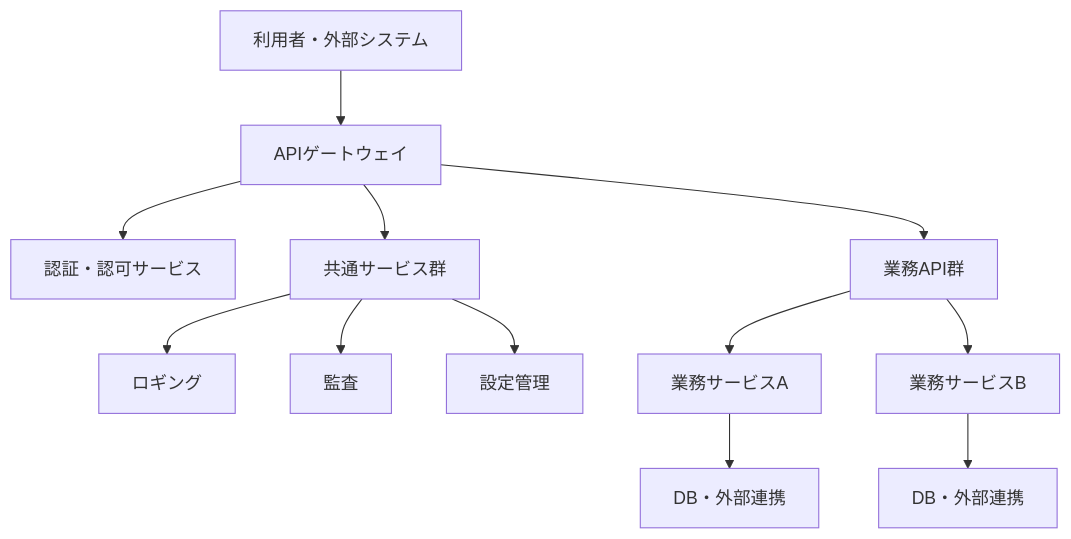
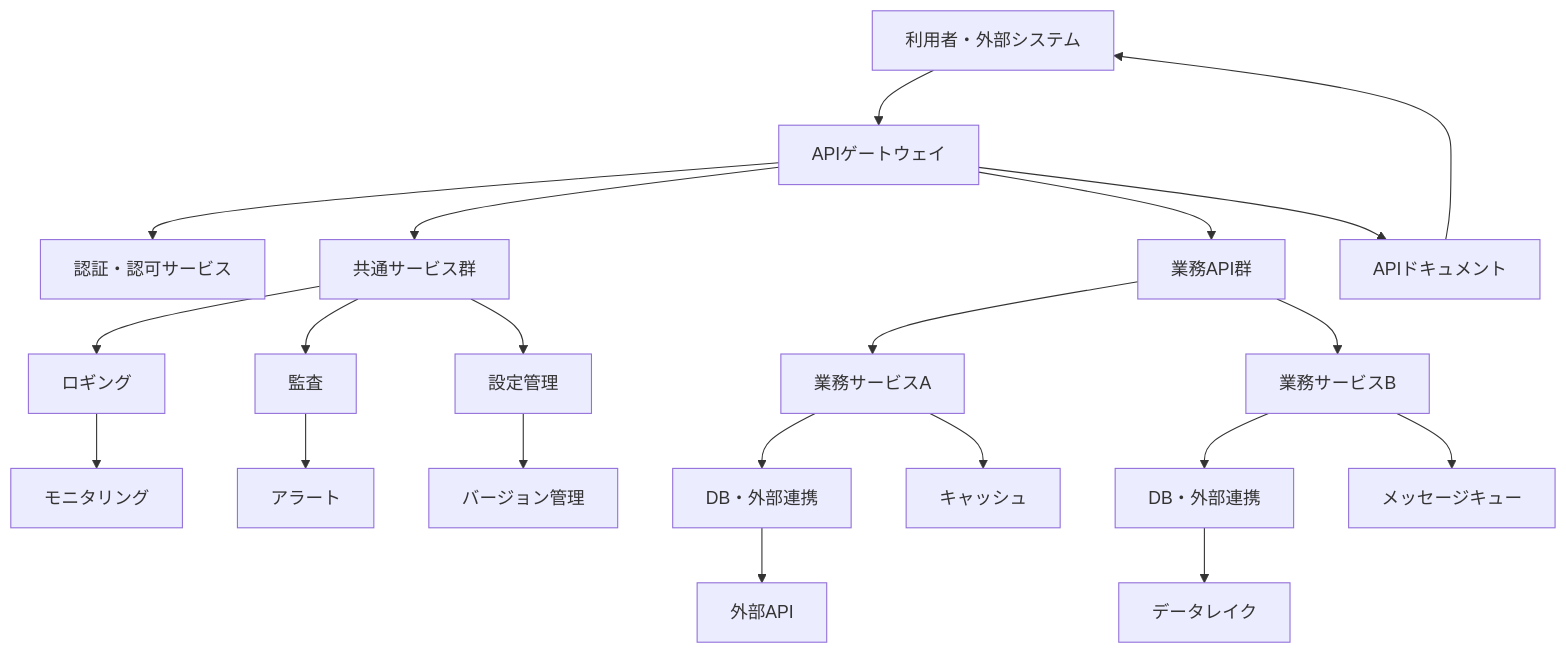
Before and after one commit to RyuheiKiso/KisoFramework: the third of 6 diagrams in docs/00_全体/02_構想.md, drawn with Mermaid. The commit also changed other lines of this file, not shown here.

````diff
--- a/docs/00_全体/02_構想.md
+++ b/docs/00_全体/02_構想.md
@@ -77,14 +125,23 @@
 ```mermaid
 flowchart TD
     A[利用者・外部システム] --> B[APIゲートウェイ]
     B --> C1[認証・認可サービス]
     B --> C2[共通サービス群]
     C2 --> D1[ロギング]
     C2 --> D2[監査]
     C2 --> D3[設定管理]
+    D1 --> D4[モニタリング]
+    D2 --> D5[アラート]
+    D3 --> D6[バージョン管理]
     B --> E[業務API群]
     E --> F1[業務サービスA]
     E --> F2[業務サービスB]
     F1 --> G1[DB・外部連携]
     F2 --> G2[DB・外部連携]
+    F1 --> H1[キャッシュ]
+    F2 --> H2[メッセージキュー]
+    G1 --> I1[外部API]
+    G2 --> I2[データレイク]
+    B --> J[APIドキュメント]
+    J --> A
 ```
````
